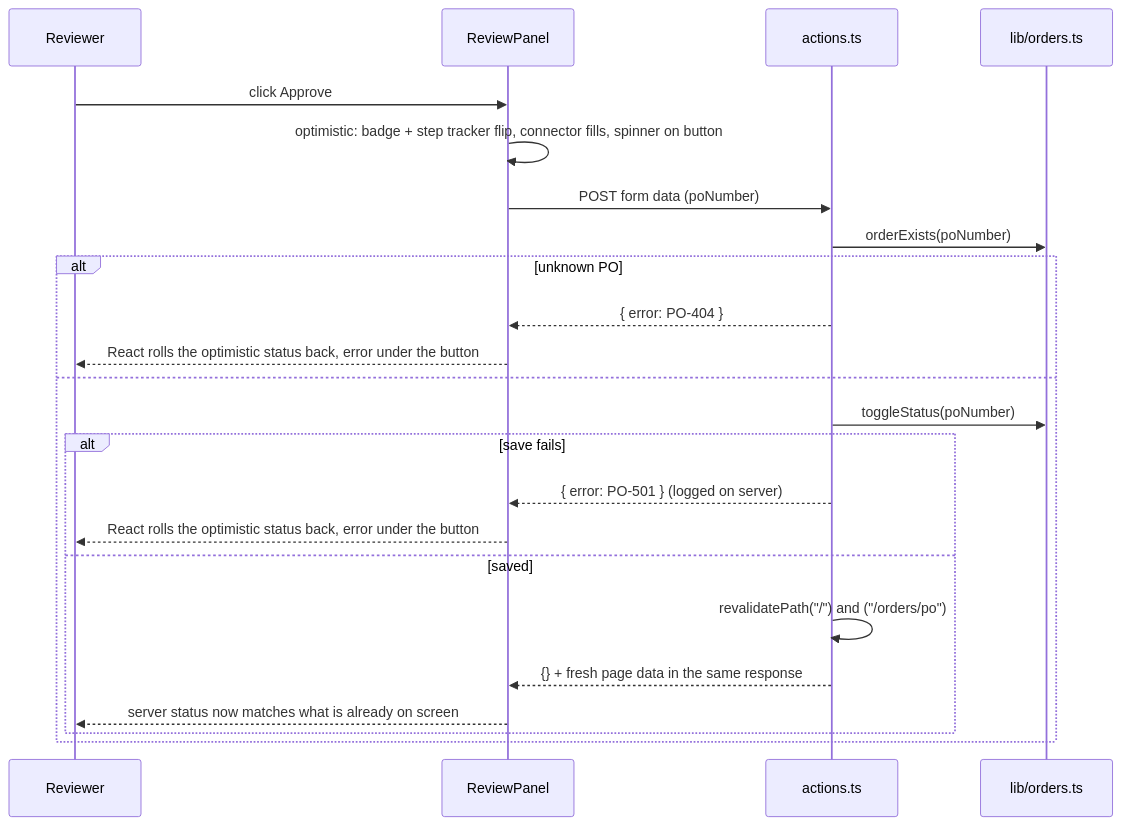
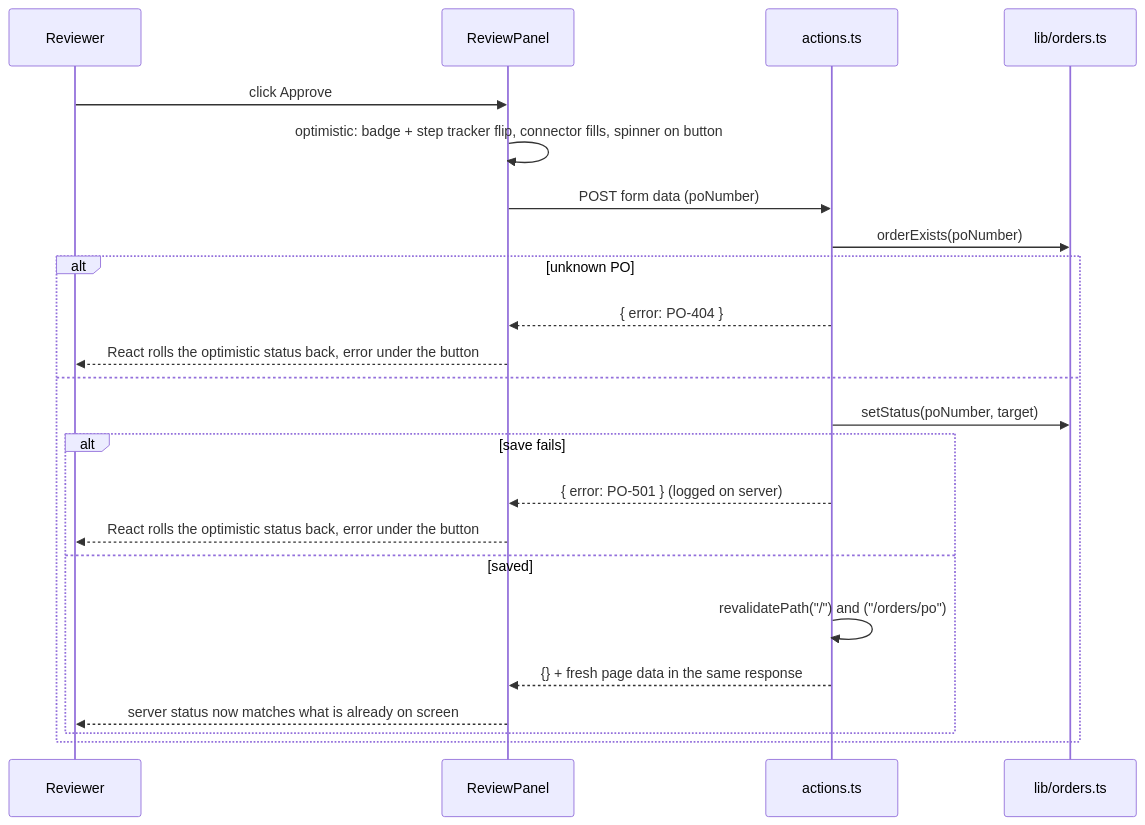
The fifth of 10 diagrams in docs/DESIGN.md (TRUPALIX9/bhf-take-home), drawn with Mermaid before and after one commit. The commit also changed other lines of this file and 8 other files, not shown here.

First line of the commit message:
Set the review status instead of toggling it

````diff
--- a/docs/DESIGN.md
+++ b/docs/DESIGN.md
@@ -101,25 +101,25 @@
 ```mermaid
 sequenceDiagram
   participant U as Reviewer
   participant BTN as ReviewPanel
   participant A as actions.ts
   participant O as lib/orders.ts
   U->>BTN: click Approve
   BTN->>BTN: optimistic: badge + step tracker flip, connector fills, spinner on button
   BTN->>A: POST form data (poNumber)
   A->>O: orderExists(poNumber)
   alt unknown PO
     A-->>BTN: { error: PO-404 }
     BTN-->>U: React rolls the optimistic status back, error under the button
   else
-    A->>O: toggleStatus(poNumber)
+    A->>O: setStatus(poNumber, target)
     alt save fails
       A-->>BTN: { error: PO-501 } (logged on server)
       BTN-->>U: React rolls the optimistic status back, error under the button
     else saved
       A->>A: revalidatePath("/") and ("/orders/po")
       A-->>BTN: {} + fresh page data in the same response
       BTN-->>U: server status now matches what is already on screen
     end
   end
 ```
````
